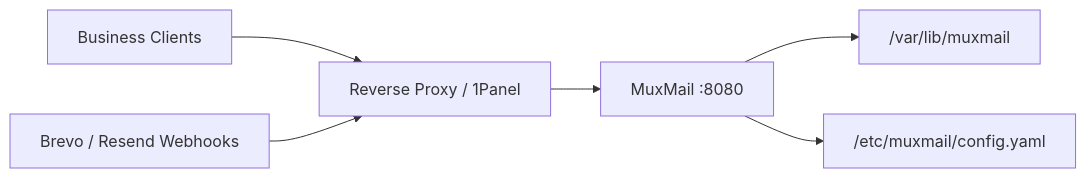
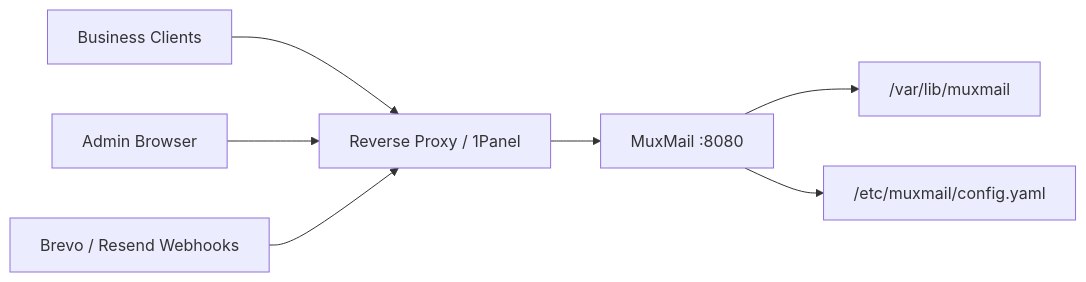
Before and after one commit to feng005211/MuxMail: the diagram in docs/deployment.md, drawn with Mermaid. The commit also changed other lines of this file and 101 other files, not shown here.

Commit message:
Add Lite admin UI and harden webhook and routing flows

````diff
--- a/docs/deployment.md
+++ b/docs/deployment.md
@@ -15,8 +17,9 @@
 ```mermaid
 flowchart LR
     Client["Business Clients"] --> Proxy["Reverse Proxy / 1Panel"]
+    Browser["Admin Browser"] --> Proxy
     Provider["Brevo / Resend Webhooks"] --> Proxy
     Proxy --> App["MuxMail :8080"]
     App --> Data["/var/lib/muxmail"]
     App --> Config["/etc/muxmail/config.yaml"]
 ```
````
